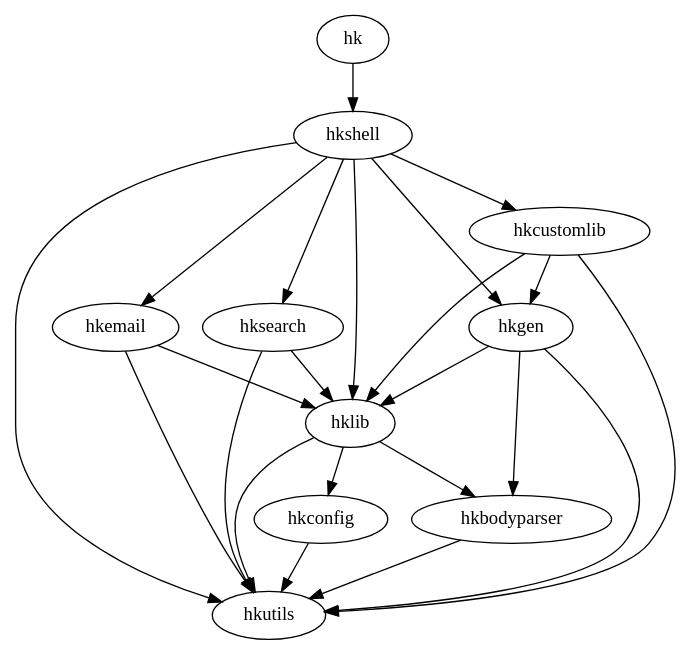
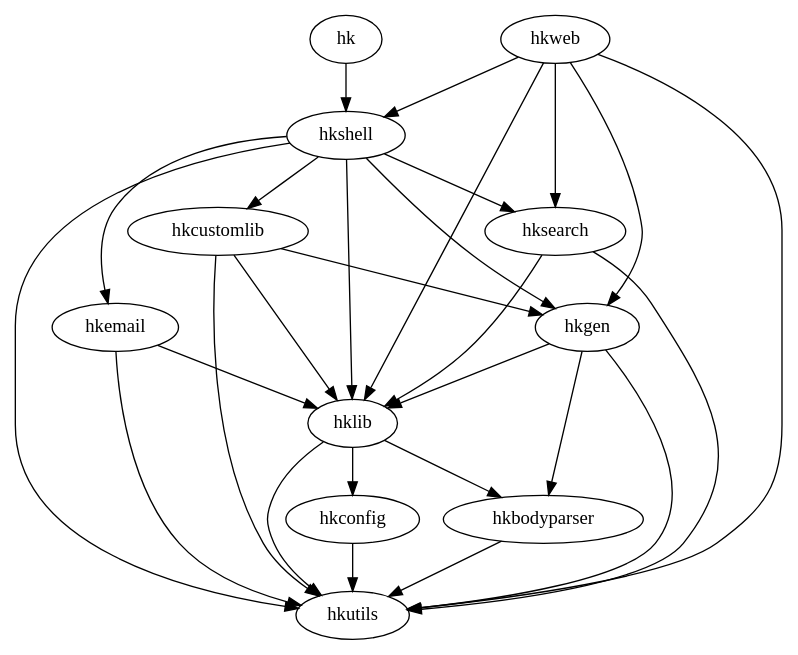
Before and after one commit to hcs42/heapkeeper-old: the diagram in doc/module_deps.dot, drawn with Graphviz. The commit also changed 5 other files, not shown here.

```diff
--- a/doc/module_deps.dot
+++ b/doc/module_deps.dot
@@ -1,25 +1,30 @@
 // $ dot -Tpng -o images/module_deps.png module_deps.dot
 digraph {
     hkbodyparser -> hkutils;
     hkconfig -> hkutils;
     hklib -> hkconfig;
     hklib -> hkbodyparser;
     hklib -> hkutils;
     hkemail -> hkutils;
     hkemail -> hklib;
     hksearch -> hkutils;
     hksearch -> hklib;
     hkgen -> hkutils;
     hkgen -> hkbodyparser;
     hkgen -> hklib;
     hkcustomlib -> hkutils;
     hkcustomlib -> hklib;
     hkcustomlib -> hkgen;
     hkshell -> hkemail;
     hkshell -> hkutils;
     hkshell -> hklib;
     hkshell -> hksearch;
     hkshell -> hkgen;
     hkshell -> hkcustomlib;
     hk -> hkshell;
+    hkweb -> hkutils;
+    hkweb -> hklib;
+    hkweb -> hkgen;
+    hkweb -> hksearch;
+    hkweb -> hkshell;
 }
```
